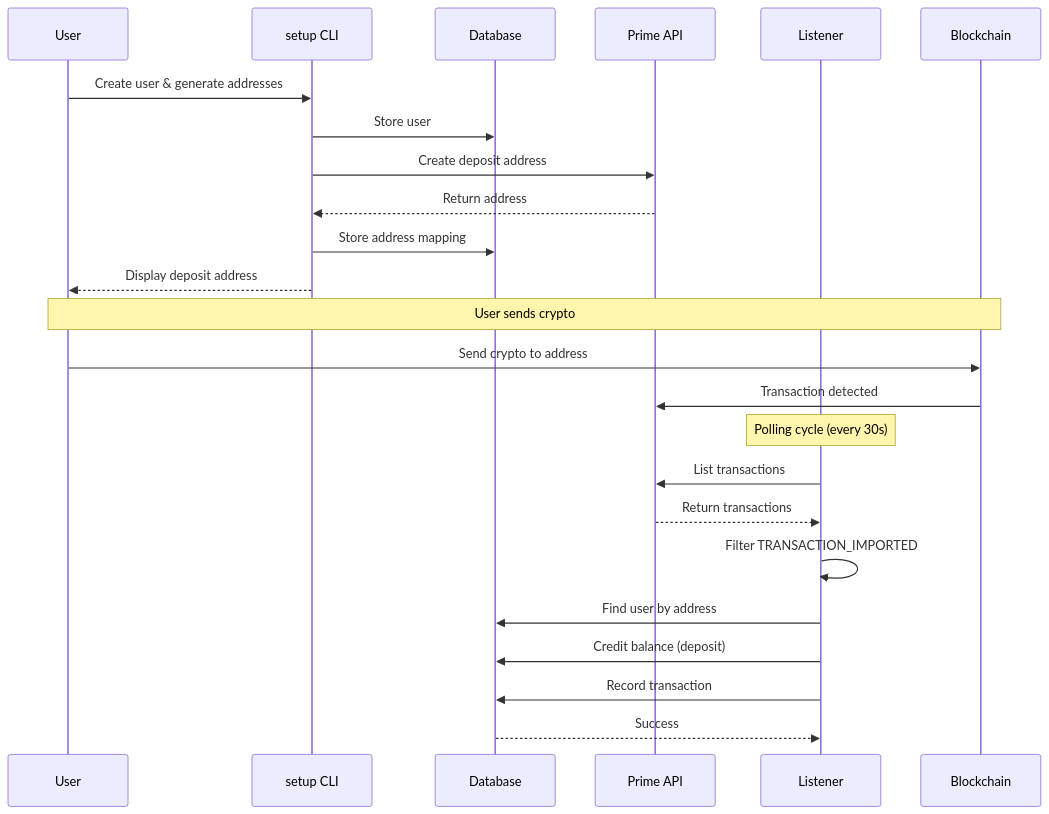
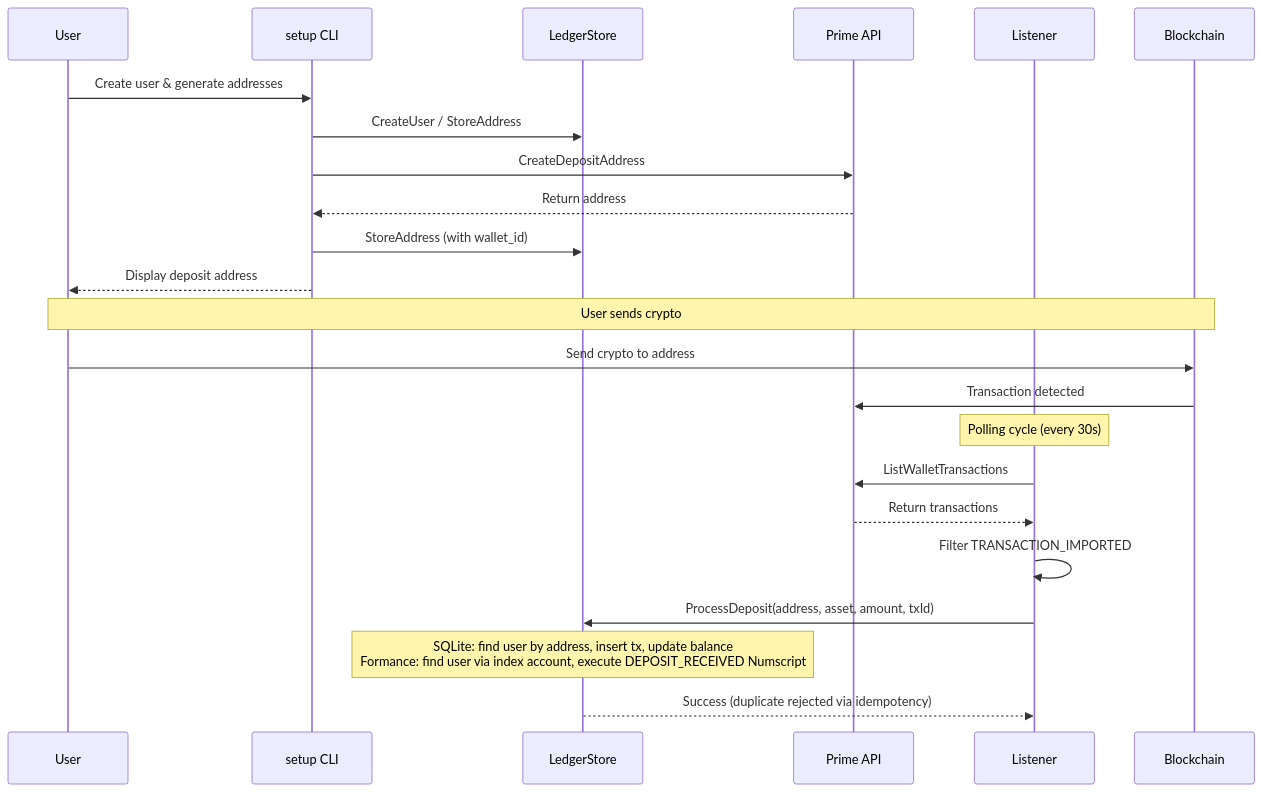
The second of 5 diagrams in ARCHITECTURE.md (thierrycoopman/prime-send-receive-go), drawn with Mermaid before and after one commit. The commit also changed other lines of this file and 39 other files, not shown here.

````diff
--- a/ARCHITECTURE.md
+++ b/ARCHITECTURE.md
@@ -43,29 +75,28 @@
 ```mermaid
 sequenceDiagram
     participant User
     participant Setup as setup CLI
-    participant DB as Database
+    participant Store as LedgerStore
     participant Prime as Prime API
     participant Listener
     participant Blockchain
 
     User->>Setup: Create user & generate addresses
-    Setup->>DB: Store user
-    Setup->>Prime: Create deposit address
+    Setup->>Store: CreateUser / StoreAddress
+    Setup->>Prime: CreateDepositAddress
     Prime-->>Setup: Return address
-    Setup->>DB: Store address mapping
+    Setup->>Store: StoreAddress (with wallet_id)
     Setup-->>User: Display deposit address
 
     Note over User,Blockchain: User sends crypto
     User->>Blockchain: Send crypto to address
     Blockchain->>Prime: Transaction detected
 
     Note over Listener: Polling cycle (every 30s)
-    Listener->>Prime: List transactions
+    Listener->>Prime: ListWalletTransactions
     Prime-->>Listener: Return transactions
     Listener->>Listener: Filter TRANSACTION_IMPORTED
-    Listener->>DB: Find user by address
-    Listener->>DB: Credit balance (deposit)
-    Listener->>DB: Record transaction
-    DB-->>Listener: Success
+    Listener->>Store: ProcessDeposit(address, asset, amount, txId)
+    Note over Store: SQLite: find user by address, insert tx, update balance<br/>Formance: find user via index account, execute DEPOSIT_RECEIVED Numscript
+    Store-->>Listener: Success (duplicate rejected via idempotency)
 ```
````
